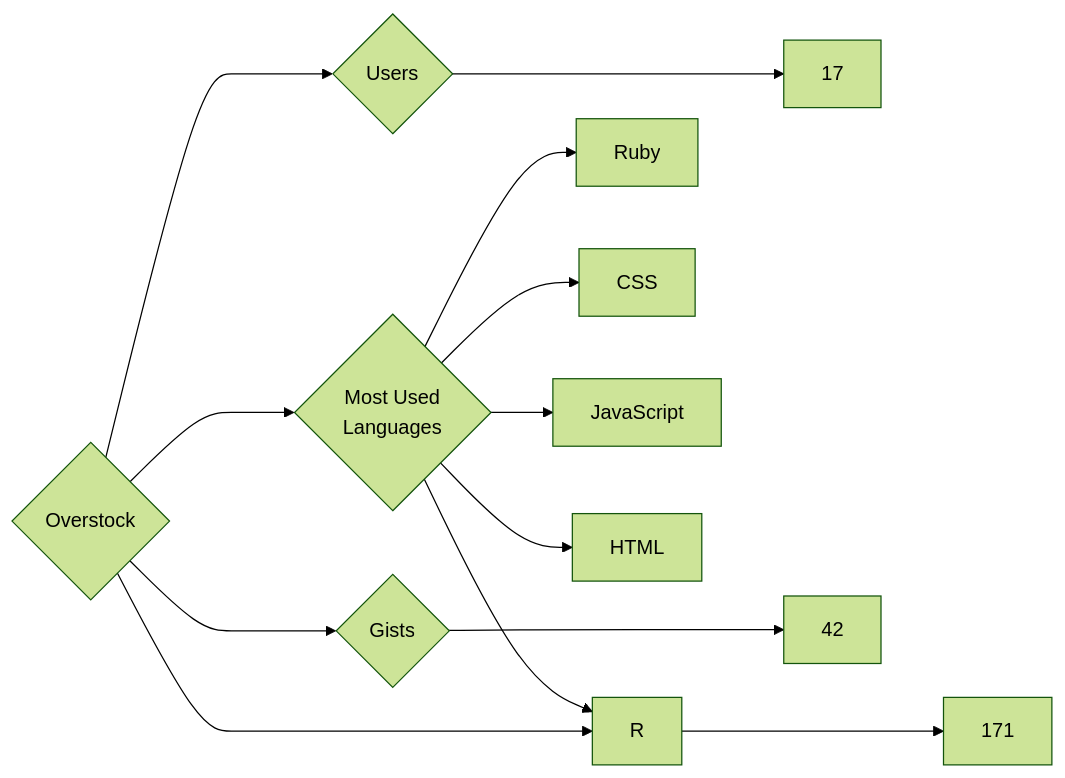
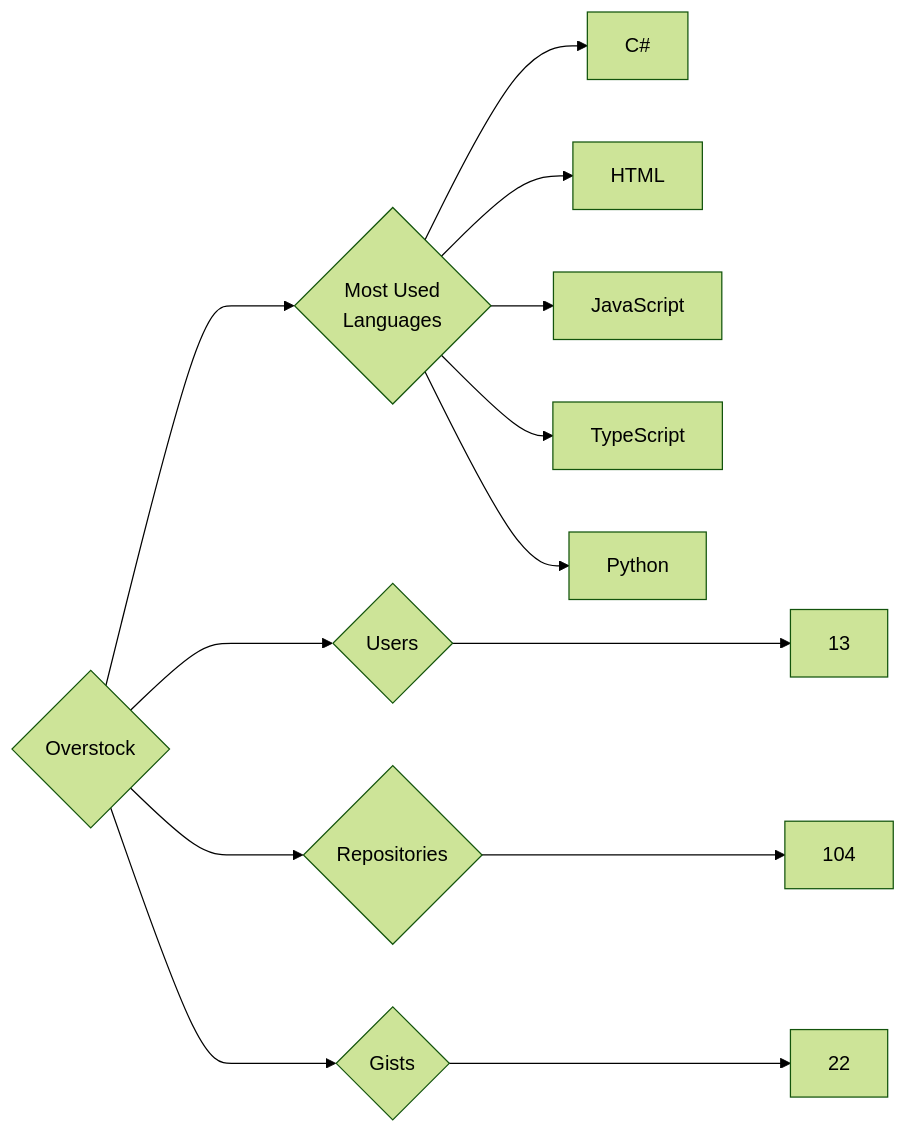
Before and after one commit to trickest/insiders: the diagram in targets/Overstock/README.md, drawn with Mermaid (forest theme). The commit also changed 799 other files, not shown here.

````diff
--- a/targets/Overstock/README.md
+++ b/targets/Overstock/README.md
@@ -3,13 +3,13 @@
 ```mermaid
 graph LR
 COMPANY_NAME{Overstock}
-COMPANY_NAME ---> U{Users} ---> UN[17]
-COMPANY_NAME ---> R{Repositories} ---> RN[171]
-COMPANY_NAME ---> G{Gists} ---> GN[42]
+COMPANY_NAME ---> U{Users} ---> UN[13]
+COMPANY_NAME ---> R{Repositories} ---> RN[104]
+COMPANY_NAME ---> G{Gists} ---> GN[22]
 COMPANY_NAME ---> ML{Most Used<br>Languages}
-ML --> Ruby[Ruby]
-ML --> CSS[CSS]
+ML --> C#[C#]
+ML --> HTML[HTML]
 ML --> JavaScript[JavaScript]
-ML --> HTML[HTML]
-ML --> R[R]
+ML --> TypeScript[TypeScript]
+ML --> Python[Python]
 ```
````
